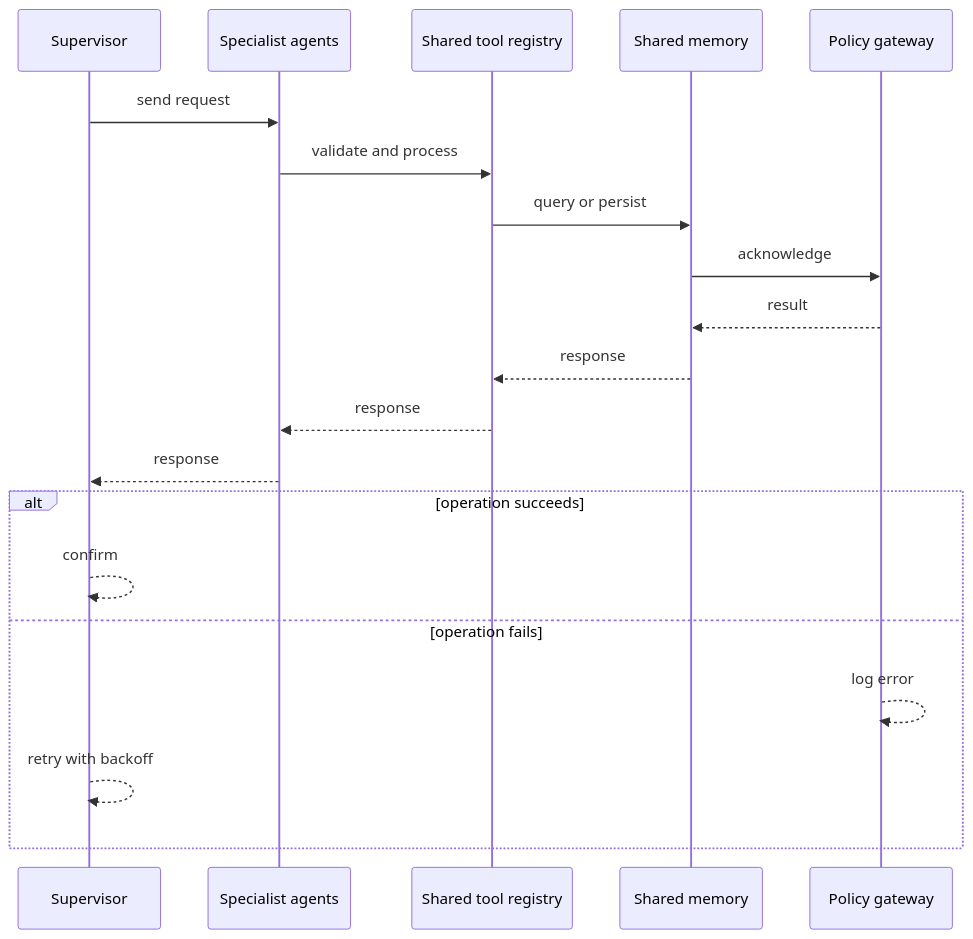
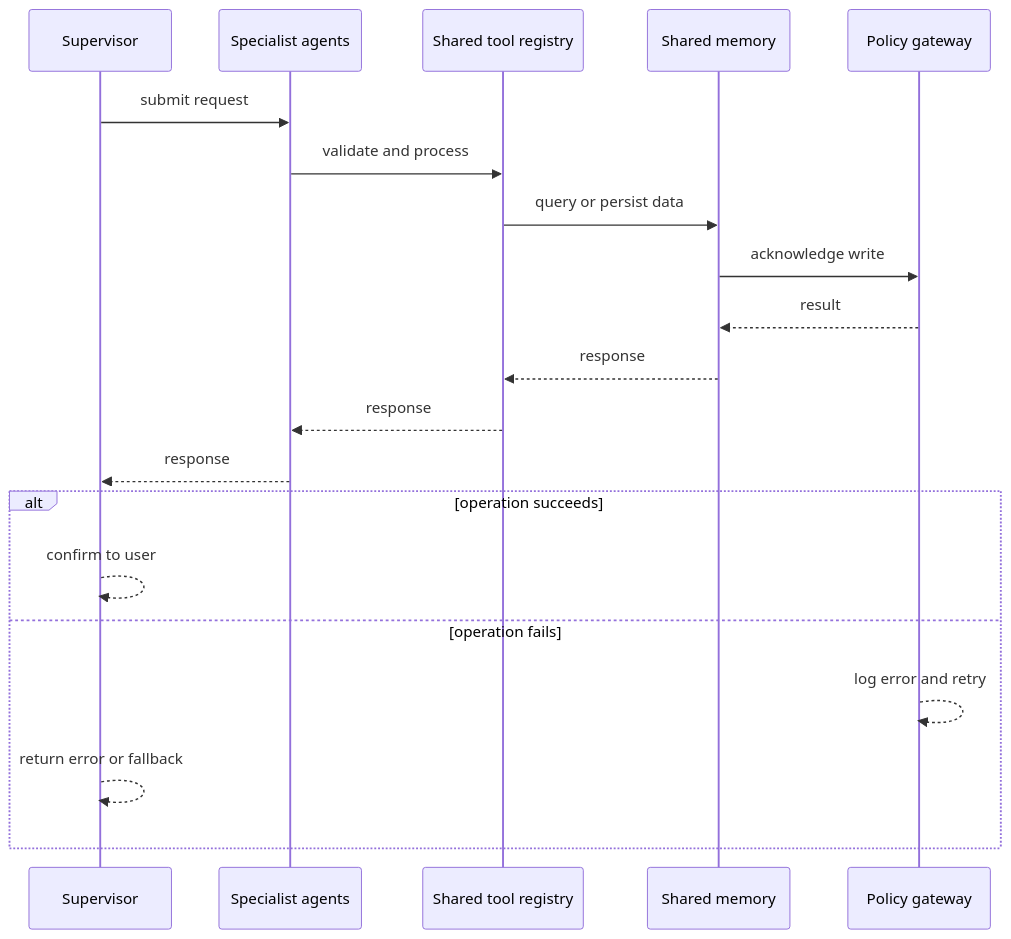
Before and after one commit to RIT-MESH/system-design-mastery: the second of 4 diagrams in case-studies/ai-systems/enterprise-agent-platform.md, drawn with Mermaid. The commit also changed other lines of this file and 127 other files, not shown here.

First line of the commit message:
Improve all case study diagrams: case-specific sequences, fix truncated labels

````diff
--- a/case-studies/ai-systems/enterprise-agent-platform.md
+++ b/case-studies/ai-systems/enterprise-agent-platform.md
@@ -76,23 +76,23 @@
 ```mermaid
 %% created-for: system-design-mastery
 sequenceDiagram
-  participant C0 as Supervisor
-  participant C1 as Specialist agents
-  participant C2 as Shared tool registry
-  participant C3 as Shared memory
-  participant C4 as Policy gateway
-  C0 ->> C1: send request
-  C1 ->> C2: validate and process
-  C2 ->> C3: query or persist
-  C3 ->> C4: acknowledge
-  C4 -->> C3: result
-  C3 -->> C2: response
-  C2 -->> C1: response
-  C1 -->> C0: response
+  participant P0 as Supervisor
+  participant P1 as Specialist agents
+  participant P2 as Shared tool registry
+  participant P3 as Shared memory
+  participant P4 as Policy gateway
+  P0 ->> P1: submit request
+  P1 ->> P2: validate and process
+  P2 ->> P3: query or persist data
+  P3 ->> P4: acknowledge write
+  P4 -->> P3: result
+  P3 -->> P2: response
+  P2 -->> P1: response
+  P1 -->> P0: response
   alt operation succeeds
-    C0 -->> C0: confirm
+    P0 -->> P0: confirm to user
   else operation fails
-    C4 -->> C4: log error
-    C0 -->> C0: retry with backoff
+    P4 -->> P4: log error and retry
+    P0 -->> P0: return error or fallback
   end
 ```
````
